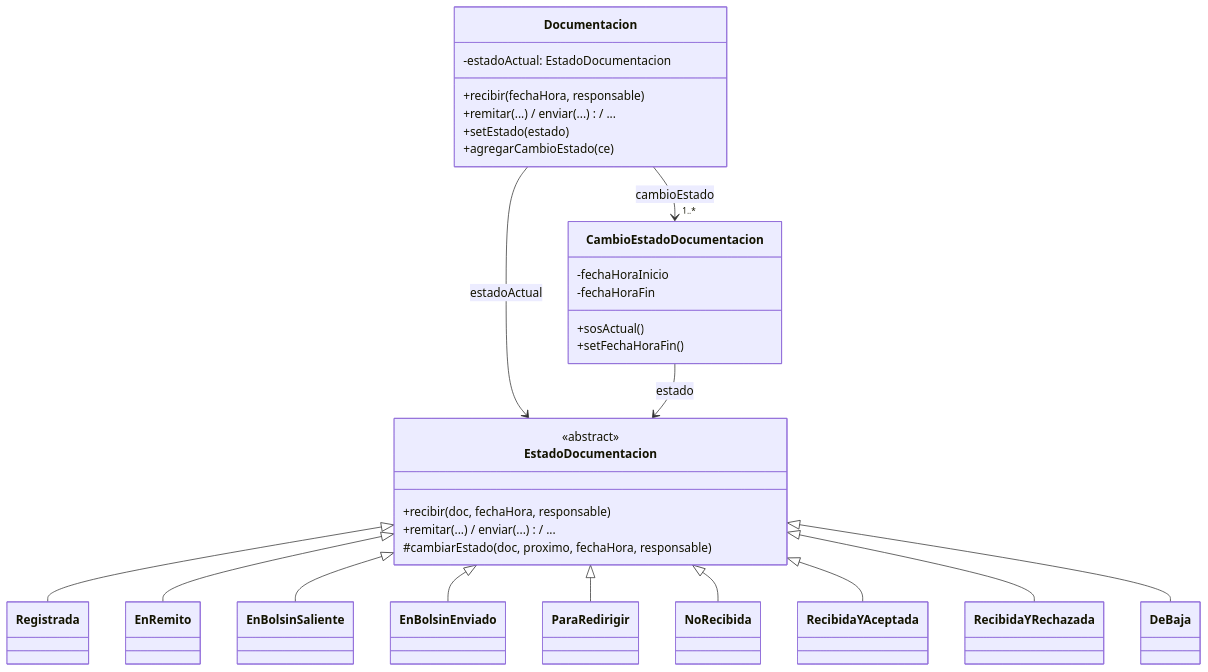
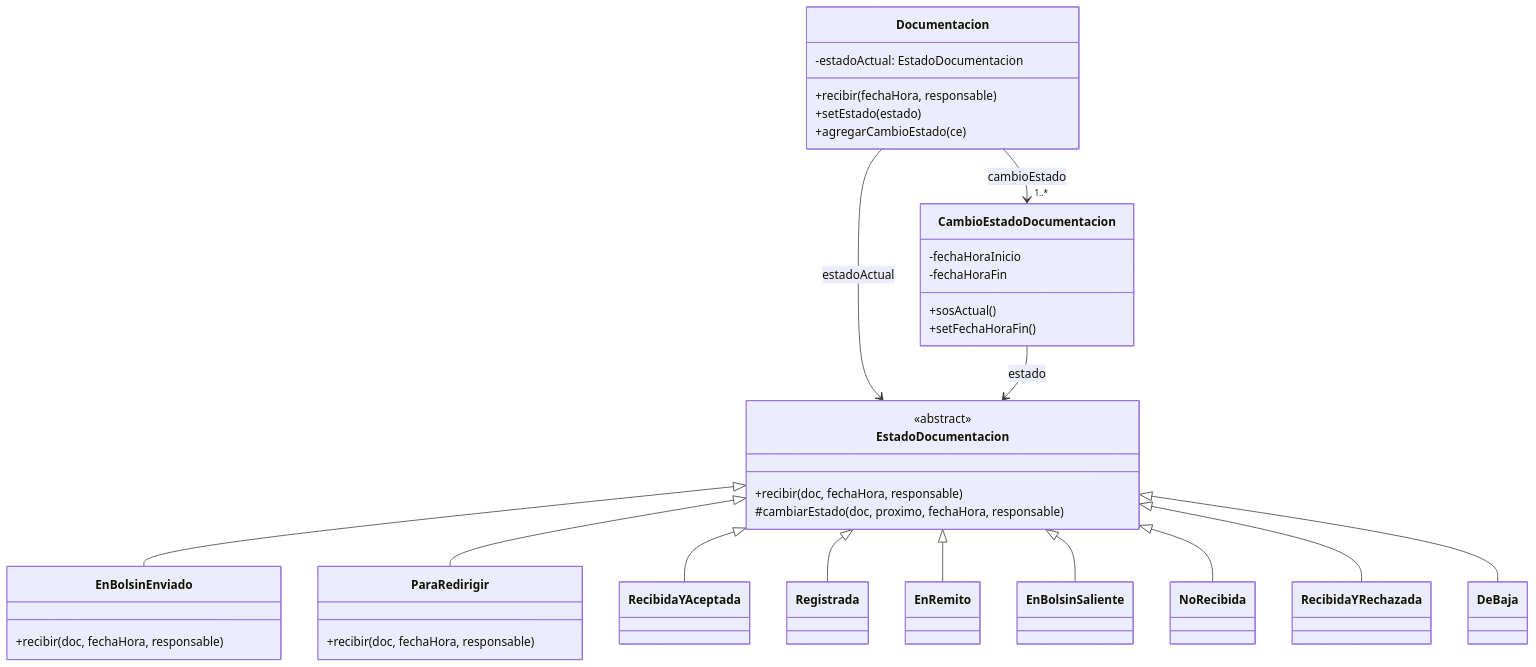
Before and after one commit to StefaNovaliere/DSI-PPAI: the diagram in README.md, drawn with Mermaid. The commit also changed other lines of this file and 50 other files, not shown here.

````diff
--- a/README.md
+++ b/README.md
@@ -138,34 +143,38 @@
 ```mermaid
 classDiagram
     class Documentacion {
         -estadoActual: EstadoDocumentacion
         +recibir(fechaHora, responsable)
-        +remitar(...) / enviar(...) / ...
         +setEstado(estado)
         +agregarCambioEstado(ce)
     }
     class EstadoDocumentacion {
         <<abstract>>
         +recibir(doc, fechaHora, responsable)
-        +remitar(...) / enviar(...) / ...
         #cambiarEstado(doc, proximo, fechaHora, responsable)
+    }
+    class EnBolsinEnviado {
+        +recibir(doc, fechaHora, responsable)
+    }
+    class ParaRedirigir {
+        +recibir(doc, fechaHora, responsable)
     }
     class CambioEstadoDocumentacion {
         -fechaHoraInicio
         -fechaHoraFin
         +sosActual()
         +setFechaHoraFin()
     }
     Documentacion --> EstadoDocumentacion : estadoActual
     Documentacion --> "1..*" CambioEstadoDocumentacion : cambioEstado
     CambioEstadoDocumentacion --> EstadoDocumentacion : estado
+    EstadoDocumentacion <|-- EnBolsinEnviado
+    EstadoDocumentacion <|-- ParaRedirigir
+    EstadoDocumentacion <|-- RecibidaYAceptada
     EstadoDocumentacion <|-- Registrada
     EstadoDocumentacion <|-- EnRemito
     EstadoDocumentacion <|-- EnBolsinSaliente
-    EstadoDocumentacion <|-- EnBolsinEnviado
-    EstadoDocumentacion <|-- ParaRedirigir
     EstadoDocumentacion <|-- NoRecibida
-    EstadoDocumentacion <|-- RecibidaYAceptada
     EstadoDocumentacion <|-- RecibidaYRechazada
     EstadoDocumentacion <|-- DeBaja
 ```
````
